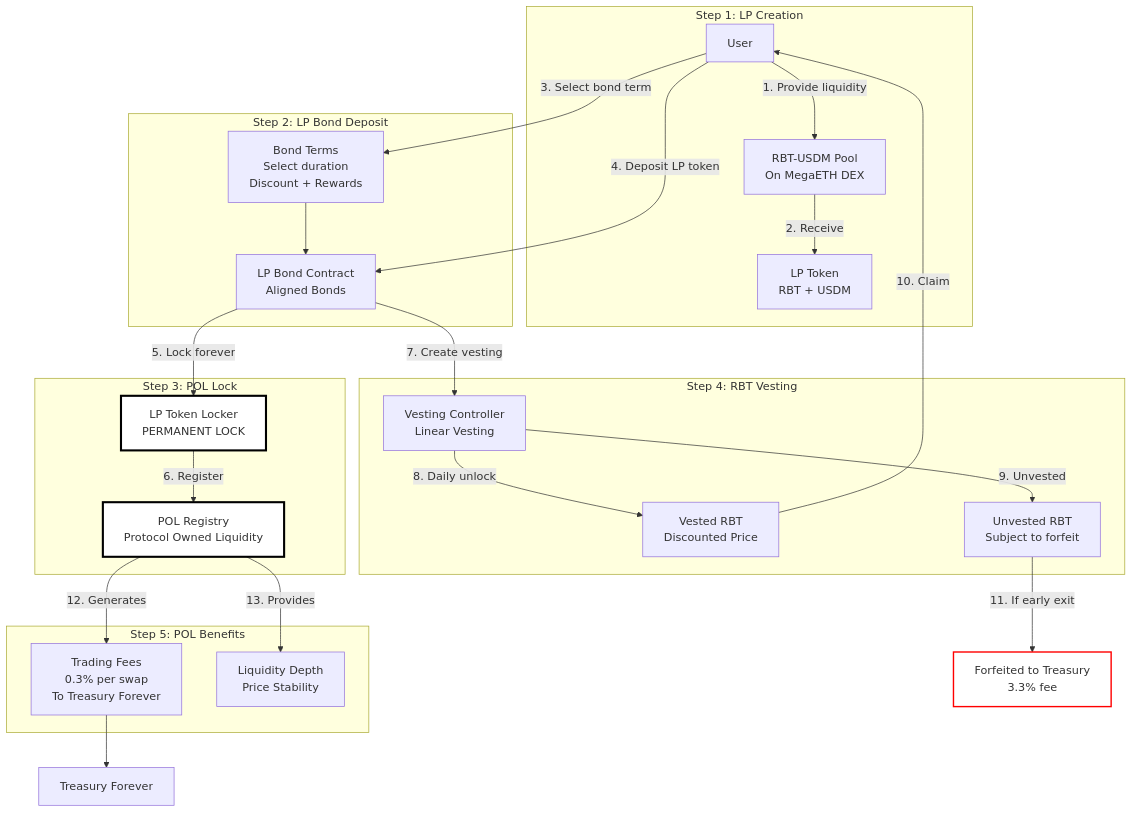
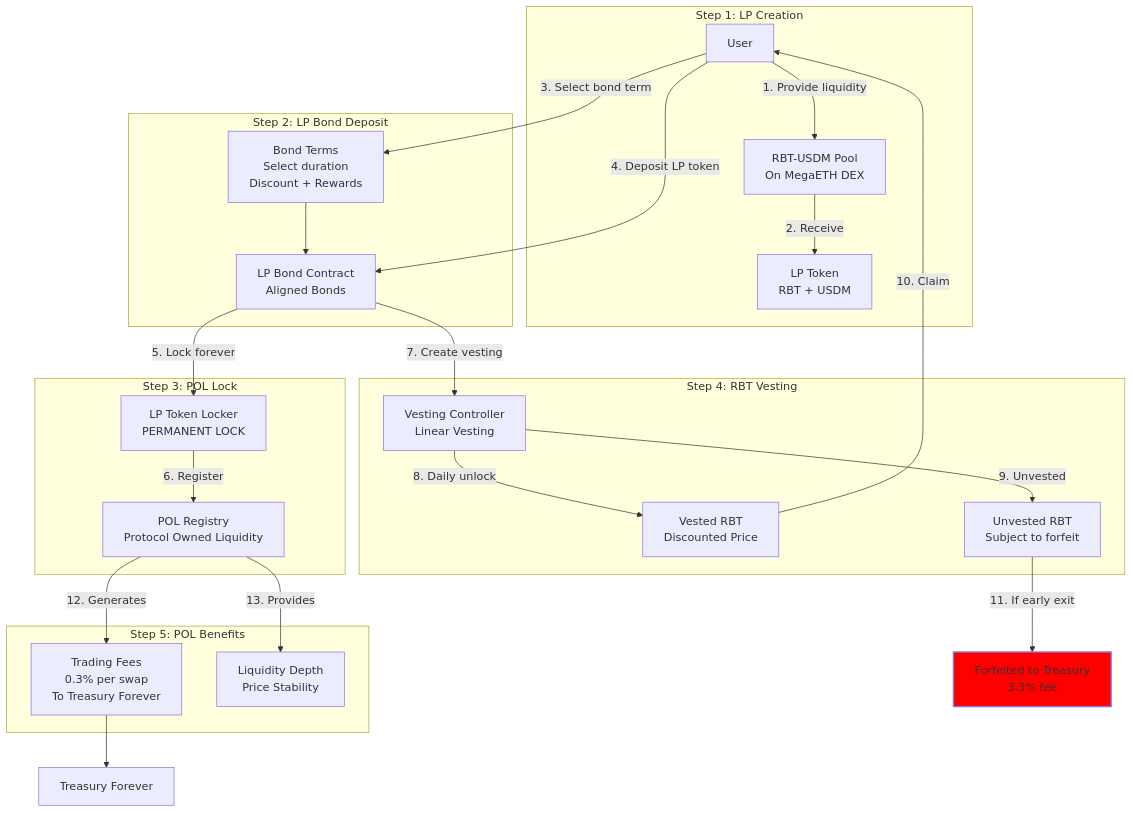
The third of 7 diagrams in blackhaven-architecture-diagrams.md (0xJaehaerys/ohmega), drawn with Mermaid before and after one commit. The commit also changed other lines of this file and 6 other files, not shown here.

First line of the commit message:
Remove white color from all diagrams

````diff
--- a/blackhaven-architecture-diagrams.md
+++ b/blackhaven-architecture-diagrams.md
@@ -169,53 +165,51 @@
 ```mermaid
 graph TB
     subgraph "Step 1: LP Creation"
         USER[User]
         DEX_POOL[RBT-USDM Pool<br/>On MegaETH DEX]
         LP_TOKEN[LP Token<br/>RBT + USDM]
     end
     
     subgraph "Step 2: LP Bond Deposit"
         LP_BOND_CONTRACT[LP Bond Contract<br/>Aligned Bonds]
         BOND_TERMS[Bond Terms<br/>Select duration<br/>Discount + Rewards]
     end
     
     subgraph "Step 3: POL Lock"
         LP_LOCKER[LP Token Locker<br/>PERMANENT LOCK]
         POL_REGISTRY[POL Registry<br/>Protocol Owned Liquidity]
     end
     
     subgraph "Step 4: RBT Vesting"
         VESTING_CONTROLLER[Vesting Controller<br/>Linear Vesting]
         VESTED_RBT[Vested RBT<br/>Discounted Price]
         UNVESTED_RBT[Unvested RBT<br/>Subject to forfeit]
     end
     
     subgraph "Step 5: POL Benefits"
         TRADING_FEES[Trading Fees<br/>0.3% per swap<br/>To Treasury Forever]
         LIQUIDITY_DEPTH[Liquidity Depth<br/>Price Stability]
     end
     
     USER -->|1. Provide liquidity| DEX_POOL
     DEX_POOL -->|2. Receive| LP_TOKEN
     USER -->|3. Select bond term| BOND_TERMS
     USER -->|4. Deposit LP token| LP_BOND_CONTRACT
     BOND_TERMS --> LP_BOND_CONTRACT
     
     LP_BOND_CONTRACT -->|5. Lock forever| LP_LOCKER
     LP_LOCKER -->|6. Register| POL_REGISTRY
     
     LP_BOND_CONTRACT -->|7. Create vesting| VESTING_CONTROLLER
     VESTING_CONTROLLER -->|8. Daily unlock| VESTED_RBT
     VESTING_CONTROLLER -->|9. Unvested| UNVESTED_RBT
     
     VESTED_RBT -->|10. Claim| USER
     UNVESTED_RBT -->|11. If early exit| FORFEIT[Forfeited to Treasury<br/>3.3% fee]
     
     POL_REGISTRY -->|12. Generates| TRADING_FEES
     POL_REGISTRY -->|13. Provides| LIQUIDITY_DEPTH
     TRADING_FEES --> TREASURY[Treasury Forever]
     
-    style LP_LOCKER fill:#fff,stroke:#000,stroke-width:3px
-    style POL_REGISTRY fill:#fff,stroke:#000,stroke-width:3px
-    style FORFEIT fill:#fff,stroke:#f00,stroke-width:2px
+    style FORFEIT fill:#f00,stroke-width:2px
 ```
````
